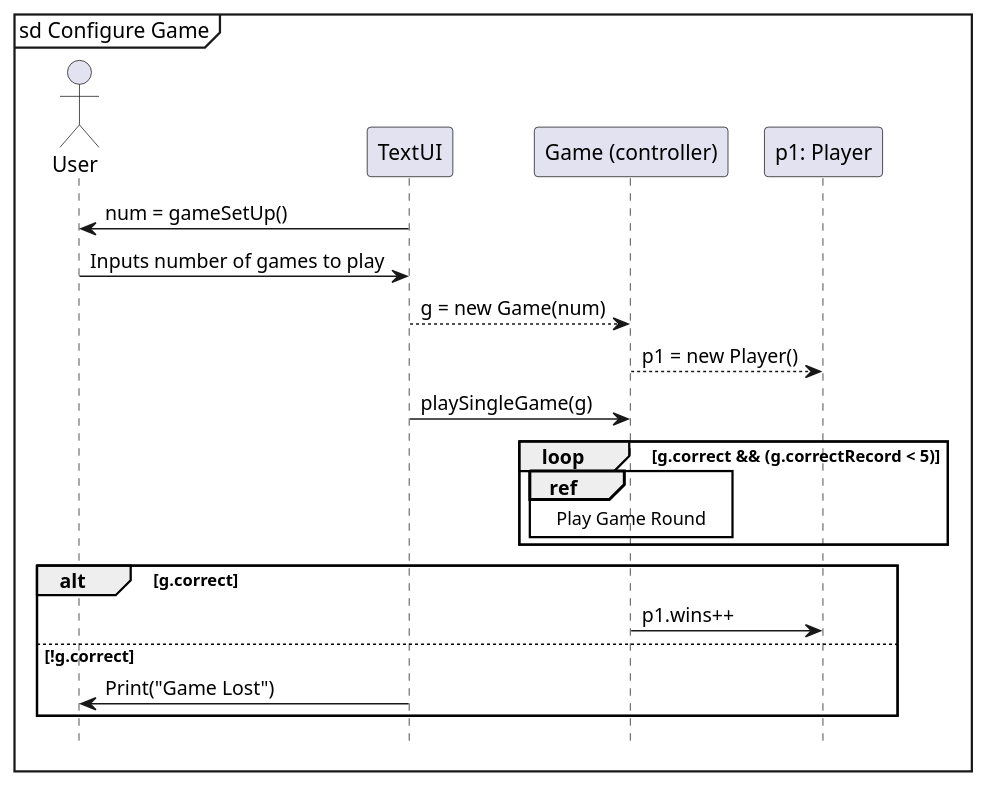
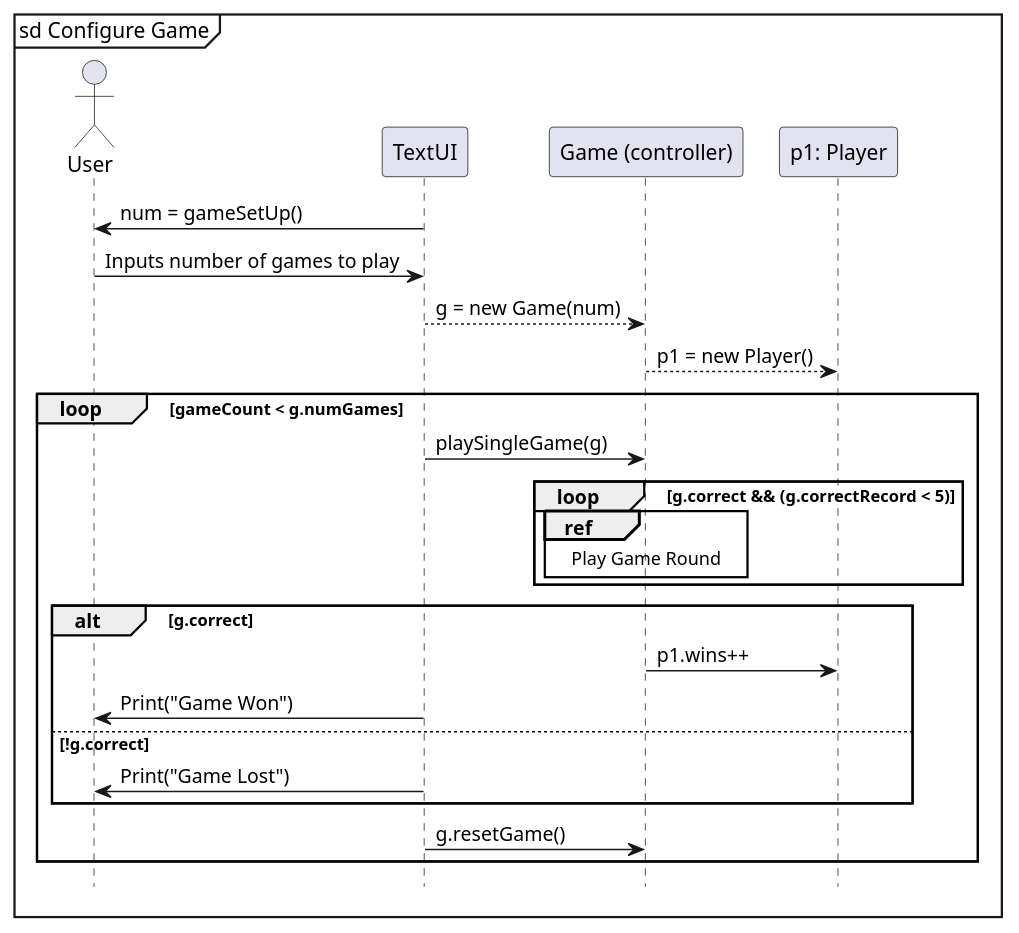
One commit to aczar09/Trivia-Game-Android changed the fifth of 7 diagrams in doc/design.md. Above: the diagram before and after it, drawn with PlantUML.

Commit message:
More small edits to sequence diagram

````diff
--- a/doc/design.md
+++ b/doc/design.md
@@ -142,25 +142,29 @@
 ```plantuml
 @startuml
 hide footbox
 mainframe sd Configure Game
 actor "User" as us 
 participant "TextUI" as tui 
 participant "Game (controller)" as clr 
 participant "p1: Player" as p1
 tui -> us: num = gameSetUp()
 us -> tui: Inputs number of games to play
 tui --> clr: g = new Game(num)
 clr --> p1: p1 = new Player()
+loop gameCount < g.numGames
 tui -> clr: playSingleGame(g)
 loop g.correct && (g.correctRecord < 5)
 ref over clr
 Play Game Round
 end
 end
 alt g.correct
 clr -> p1: p1.wins++
+tui -> us: Print("Game Won")
 else !g.correct
 tui -> us: Print("Game Lost")
 end
+tui -> clr: g.resetGame()
+end
 
 ```
````
